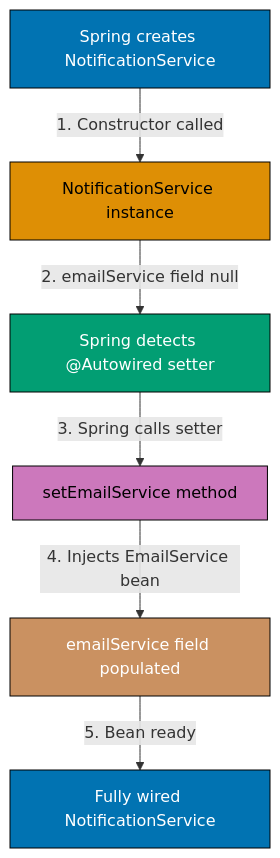
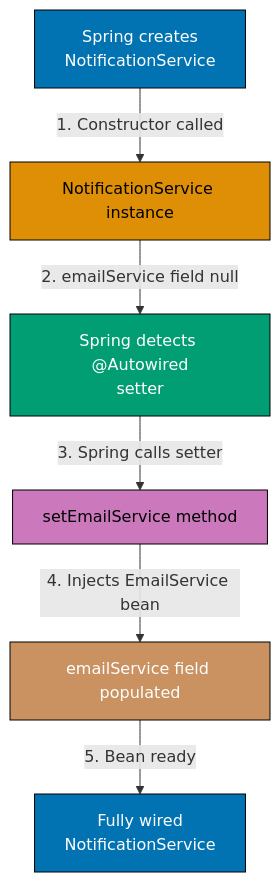
Before and after one commit to wahidyankf/baseerah: the seventh of 11 diagrams in apps/ayokoding-web/content/en/learn/software-engineering/platforms/web/tools/jvm-spring/by-example/beginner.md, drawn with Mermaid. The commit also changed other lines of this file and 17 other files, not shown here.

First line of the commit message:
fix(ci): scope pre-push mermaid check to governance + docs dirs

````diff
--- a/apps/ayokoding-web/content/en/learn/software-engineering/platforms/web/tools/jvm-spring/by-example/beginner.md
+++ b/apps/ayokoding-web/content/en/learn/software-engineering/platforms/web/tools/jvm-spring/by-example/beginner.md
@@ -1192,15 +1192,15 @@
 ```mermaid
 graph TD
-    A[Spring creates NotificationService] -->|1. Constructor called| B[NotificationService instance]
-    B -->|2. emailService field null| C[Spring detects @Autowired setter]
+    A[Spring creates<br/>NotificationService] -->|1. Constructor called| B[NotificationService instance]
+    B -->|2. emailService field null| C[Spring detects @Autowired<br/>setter]
     C -->|3. Spring calls setter| D[setEmailService method]
     D -->|4. Injects EmailService bean| E[emailService field populated]
-    E -->|5. Bean ready| F[Fully wired NotificationService]
+    E -->|5. Bean ready| F[Fully wired<br/>NotificationService]
 
     style A fill:#0173B2,stroke:#000,color:#fff
     style B fill:#DE8F05,stroke:#000,color:#000
     style C fill:#029E73,stroke:#000,color:#fff
     style D fill:#CC78BC,stroke:#000,color:#000
     style E fill:#CA9161,stroke:#000,color:#fff
     style F fill:#0173B2,stroke:#000,color:#fff
 ```
````
